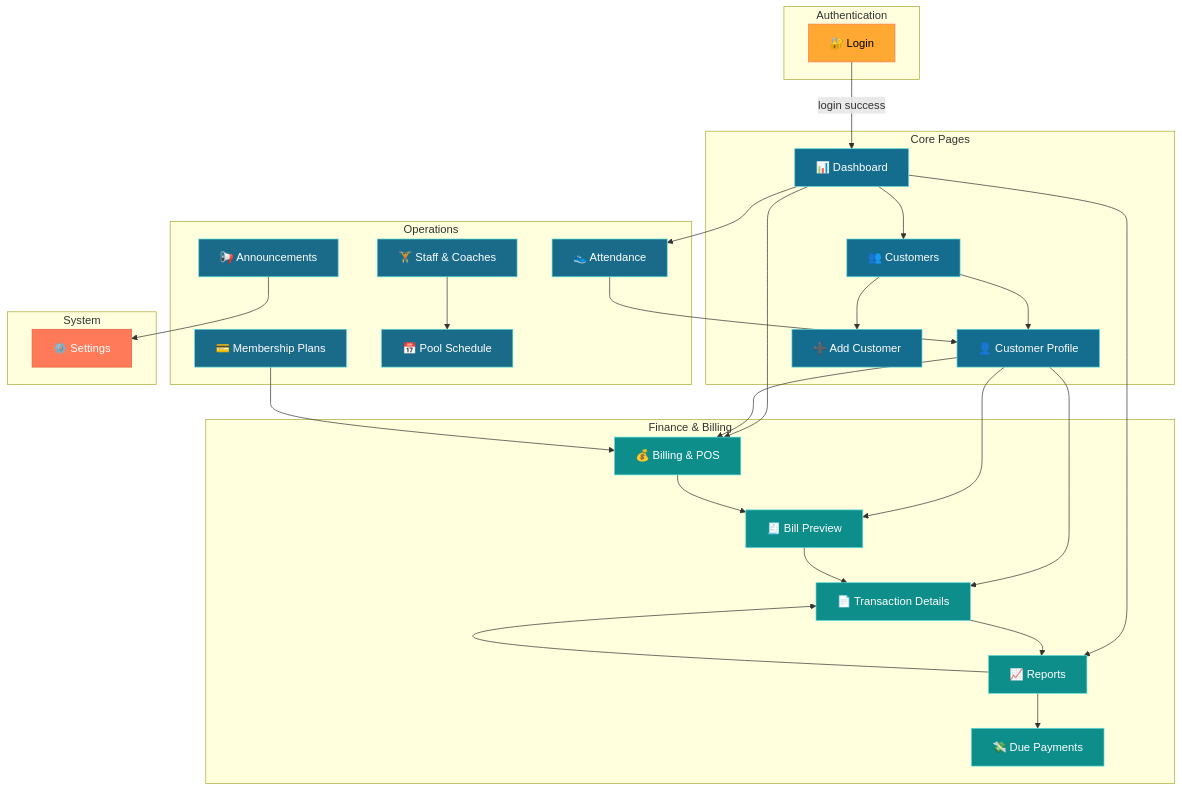
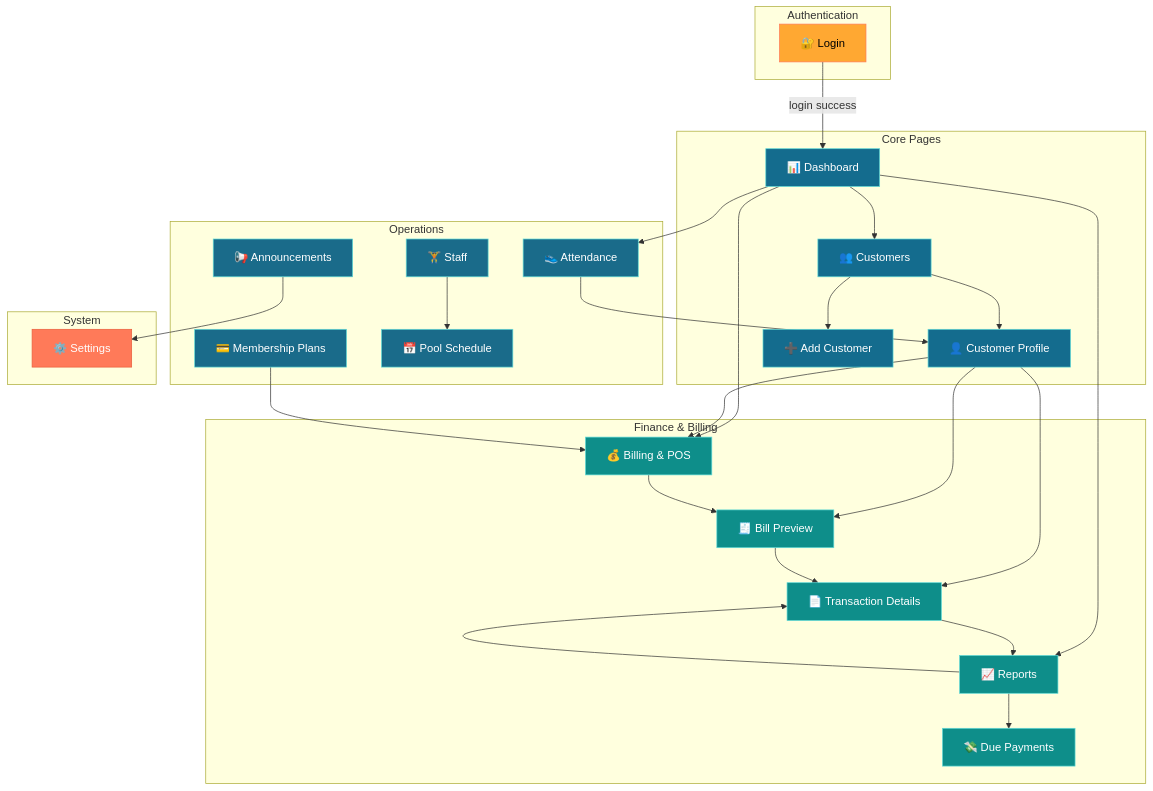
One commit to Santosh226196/blue-paradise-webapp changed the ninth of 9 diagrams in PROJECT_FLOW.md. Above: the diagram before and after it, drawn with Mermaid. The commit also changed other lines of this file and 35 other files, not shown here.

````diff
--- a/PROJECT_FLOW.md
+++ b/PROJECT_FLOW.md
@@ -964,68 +951,68 @@
 ```mermaid
 graph TB
     subgraph Auth["Authentication"]
         Login["🔐 Login"]
     end
 
     subgraph Core["Core Pages"]
         Dashboard["📊 Dashboard"]
         Customers["👥 Customers"]
         CustomerProfile["👤 Customer Profile"]
         AddCustomer["➕ Add Customer"]
     end
 
     subgraph Finance["Finance & Billing"]
         Billing["💰 Billing & POS"]
         BillPreview["🧾 Bill Preview"]
         Transaction["📄 Transaction Details"]
         Reports["📈 Reports"]
         DuePayments["💸 Due Payments"]
     end
 
     subgraph Ops["Operations"]
         Attendance["👟 Attendance"]
-        Staff["🏋️ Staff & Coaches"]
+        Staff["🏋️ Staff"]
         Plans["💳 Membership Plans"]
         Schedule["📅 Pool Schedule"]
         Announcements["📢 Announcements"]
     end
 
     subgraph System["System"]
         Settings["⚙️ Settings"]
     end
 
     Login -->|"login success"| Dashboard
     Dashboard --> Customers
     Dashboard --> Billing
     Dashboard --> Attendance
     Dashboard --> Reports
 
     Customers --> AddCustomer
     Customers --> CustomerProfile
     CustomerProfile --> Billing
     CustomerProfile --> BillPreview
     CustomerProfile --> Transaction
 
     Billing --> BillPreview
     BillPreview --> Transaction
     Transaction --> Reports
 
     Reports --> Transaction
     Reports --> DuePayments
 
     Attendance --> CustomerProfile
     Plans --> Billing
     Staff --> Schedule
     Announcements --> Settings
 
     classDef auth fill:#FFA832,stroke:#FF7A59,color:#000
     classDef core fill:#146C8E,stroke:#5FD9D6,color:#fff
     classDef finance fill:#0E8E8A,stroke:#5FD9D6,color:#fff
     classDef ops fill:#1a6b8a,stroke:#5FD9D6,color:#fff
     classDef sys fill:#FF7A59,stroke:#E85D3A,color:#fff
     class Login auth
     class Dashboard,Customers,CustomerProfile,AddCustomer core
     class Billing,BillPreview,Transaction,Reports,DuePayments finance
     class Attendance,Staff,Plans,Schedule,Announcements ops
     class Settings sys
 ```
````
